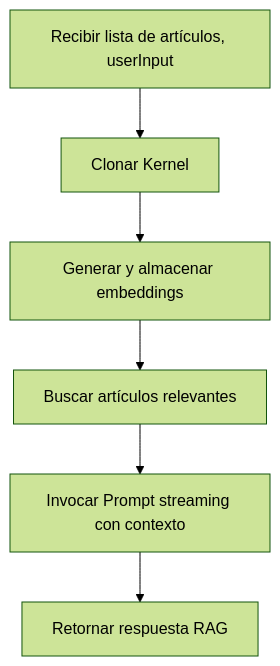
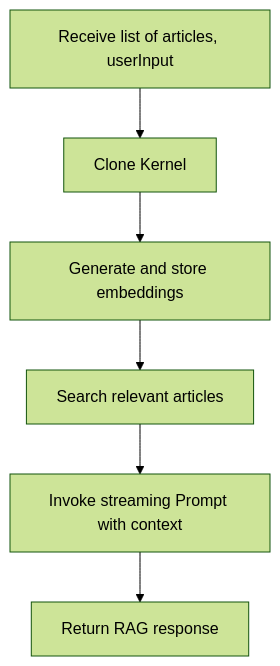
One commit to cfonseca23/CF.AspireApp.Llm changed the fifth of 7 diagrams in README.md. Above: the diagram before and after it, drawn with Mermaid (forest theme). The commit also changed other lines of this file, not shown here.

Commit message:
Actualiza la sección de configuración y uso en README.md, mejora la claridad de los diagramas Mermaid y añade la sección de licencia.

````diff
--- a/README.md
+++ b/README.md
@@ -73,8 +68,8 @@
 ```mermaid
 flowchart TD
-    A[Recibir lista de artículos, userInput] --> B[Clonar Kernel]
-    B --> C[Generar y almacenar embeddings]
-    C --> D[Buscar artículos relevantes]
-    D --> E[Invocar Prompt streaming con contexto]
-    E --> F[Retornar respuesta RAG]
+    A[Receive list of articles, userInput] --> B[Clone Kernel]
+    B --> C[Generate and store embeddings]
+    C --> D[Search relevant articles]
+    D --> E[Invoke streaming Prompt with context]
+    E --> F[Return RAG response]
 ```
````
